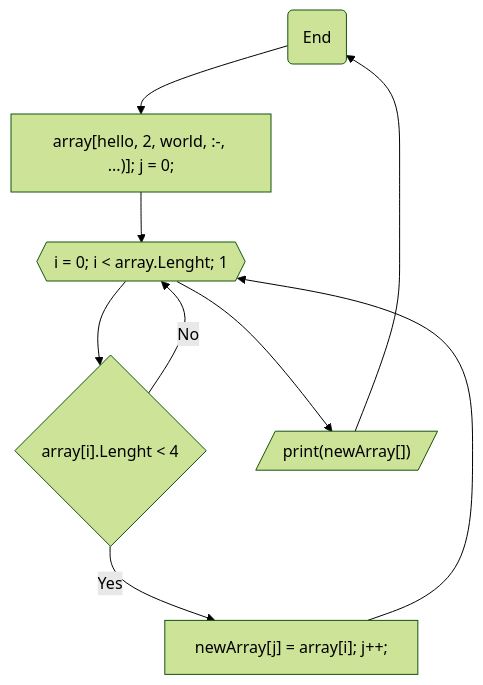
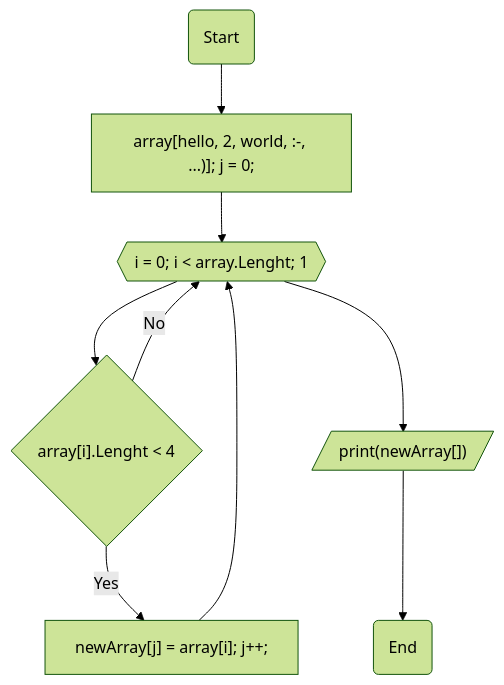
One commit to Adalberto777/FinalTestWork changed the diagram in README.md. Above: the diagram before and after it, drawn with Mermaid (forest theme).

Commit message:
block diagram

````diff
--- a/README.md
+++ b/README.md
@@ -14,11 +14,11 @@
 ```mermaid
   graph TB;       
     node1(Start)  --> node2["array[hello, 2, world, :-, ...)]; j = 0;"];
     node2["array[hello, 2, world, :-, ...)]; j = 0;"] --> node3{{"i = 0; i < array.Lenght; 1"}};
     node3{{"i = 0; i < array.Lenght; 1"}} --> node4{"array[i].Lenght < 4"};
     node4{"array[i].Lenght < 4"} -- Yes --> node5["newArray[j] = array[i]; j++;"];
     node5["newArray[j] = array[i]; j++;"] --> node3{{"i = 0; i < array.Lenght; 1"}};
     node4{"array[i].Lenght < 4"} -- No --> node3{{"i=0; i<array.Lenght;1"}};
     node3{{"i = 0; i < array.Lenght; 1"}} --> node6[/"print(newArray[])"/];
-    node6[/"print(newArray[])"/] --> node1("End");
+    node6[/"print(newArray[])"/] --> node7("End");
 ```
````
